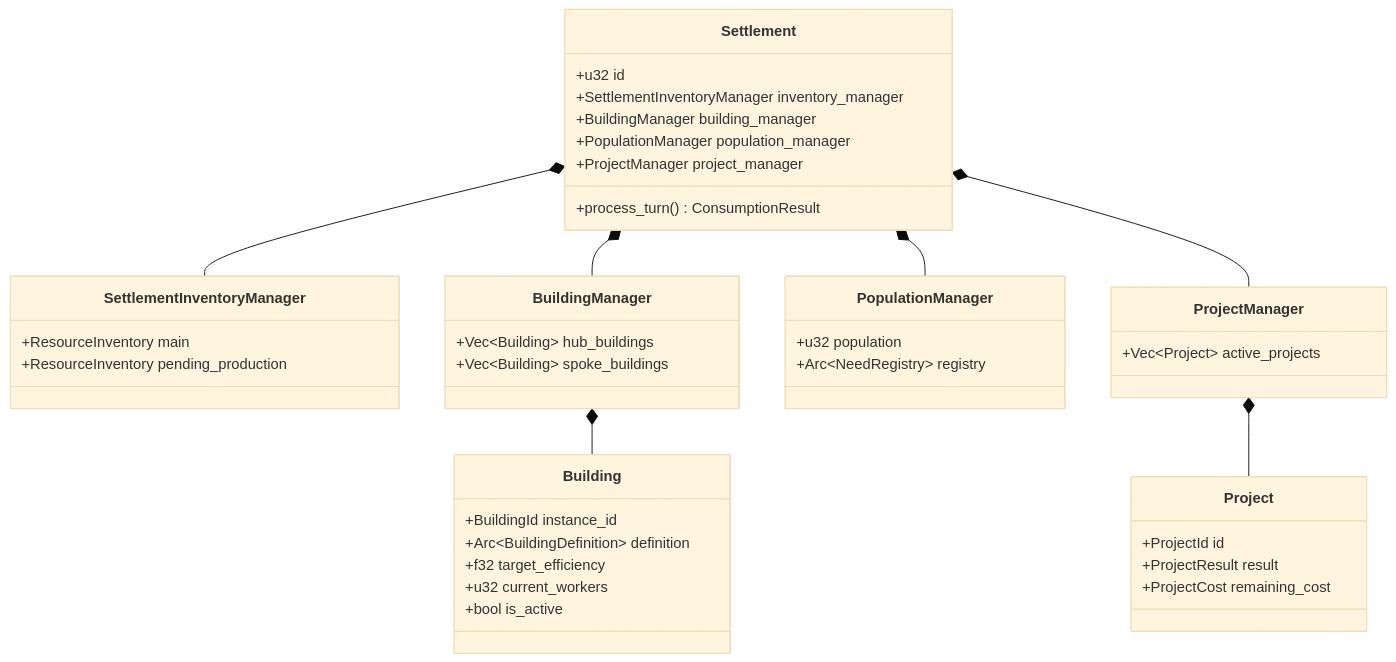
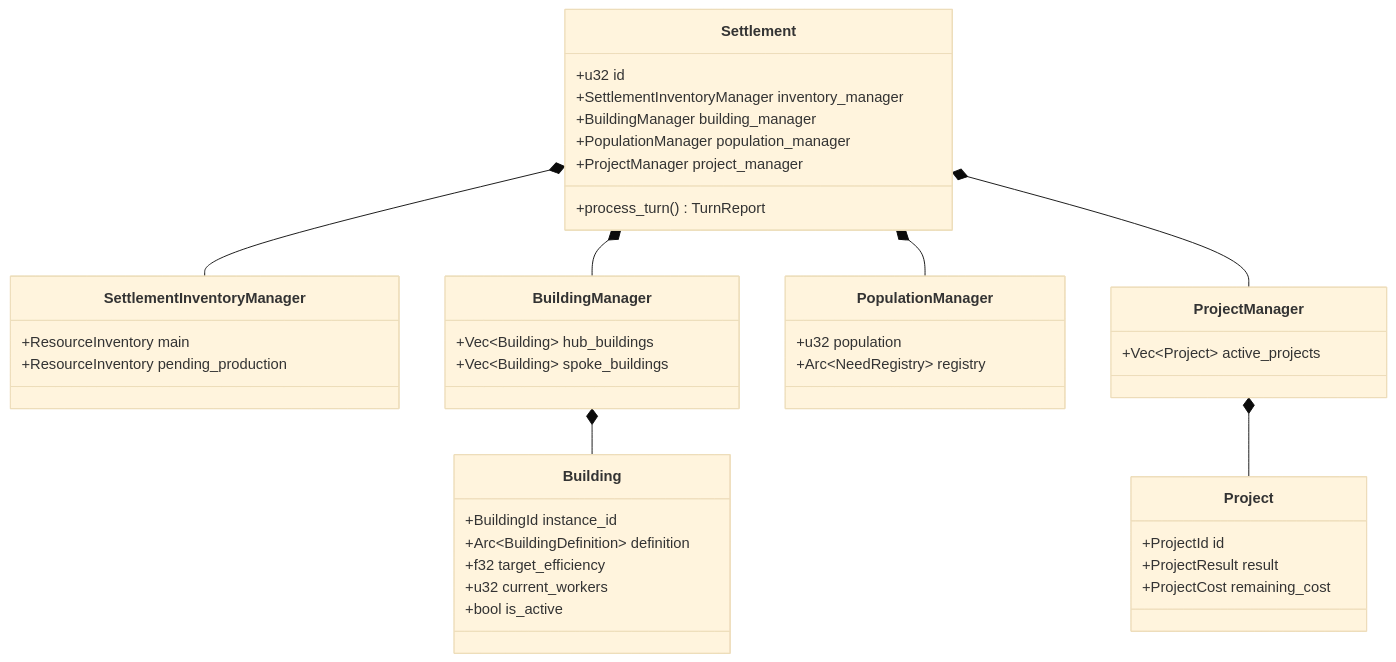
The first of 2 diagrams in docs/architecture/settlements.md (KMaksymilian/marl-grand-strategy-game), drawn with Mermaid (base theme) before and after one commit. The commit also changed other lines of this file and 8 other files, not shown here.

````diff
--- a/docs/architecture/settlements.md
+++ b/docs/architecture/settlements.md
@@ -20,44 +20,44 @@
 ```mermaid
 classDiagram
     class Settlement {
         +u32 id
         +SettlementInventoryManager inventory_manager
         +BuildingManager building_manager
         +PopulationManager population_manager
         +ProjectManager project_manager
-        +process_turn() ConsumptionResult
+        +process_turn() TurnReport
     }
     class SettlementInventoryManager {
         +ResourceInventory main
         +ResourceInventory pending_production
     }
     class BuildingManager {
         +Vec~Building~ hub_buildings
         +Vec~Building~ spoke_buildings
     }
     class PopulationManager {
         +u32 population
         +Arc~NeedRegistry~ registry
     }
     class ProjectManager {
         +Vec~Project~ active_projects
     }
     class Building {
         +BuildingId instance_id
         +Arc~BuildingDefinition~ definition
         +f32 target_efficiency
         +u32 current_workers
         +bool is_active
     }
     class Project {
         +ProjectId id
         +ProjectResult result
         +ProjectCost remaining_cost
     }
     Settlement *-- SettlementInventoryManager
     Settlement *-- BuildingManager
     Settlement *-- PopulationManager
     Settlement *-- ProjectManager
     BuildingManager *-- Building
     ProjectManager *-- Project
 ```
````
